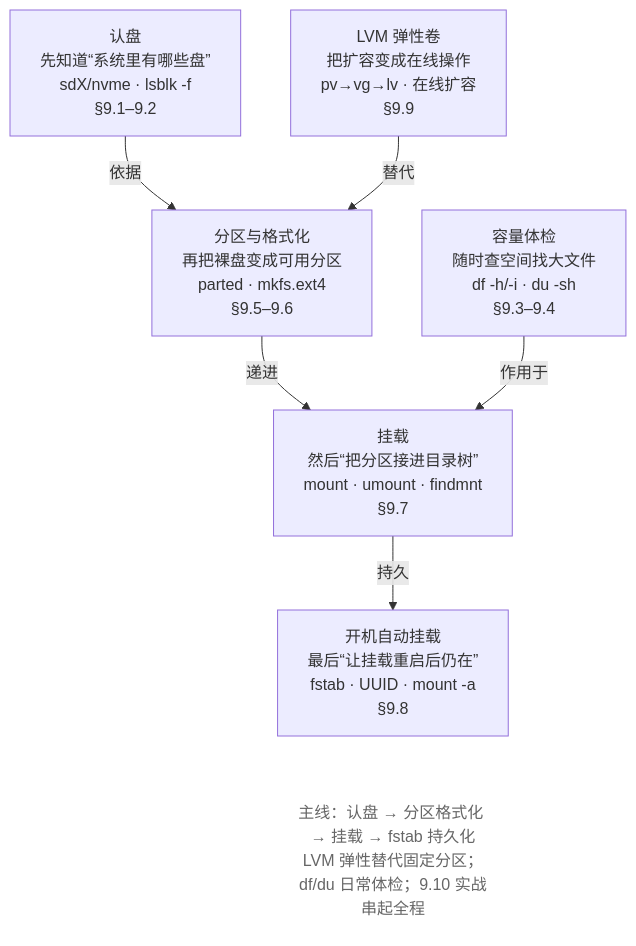
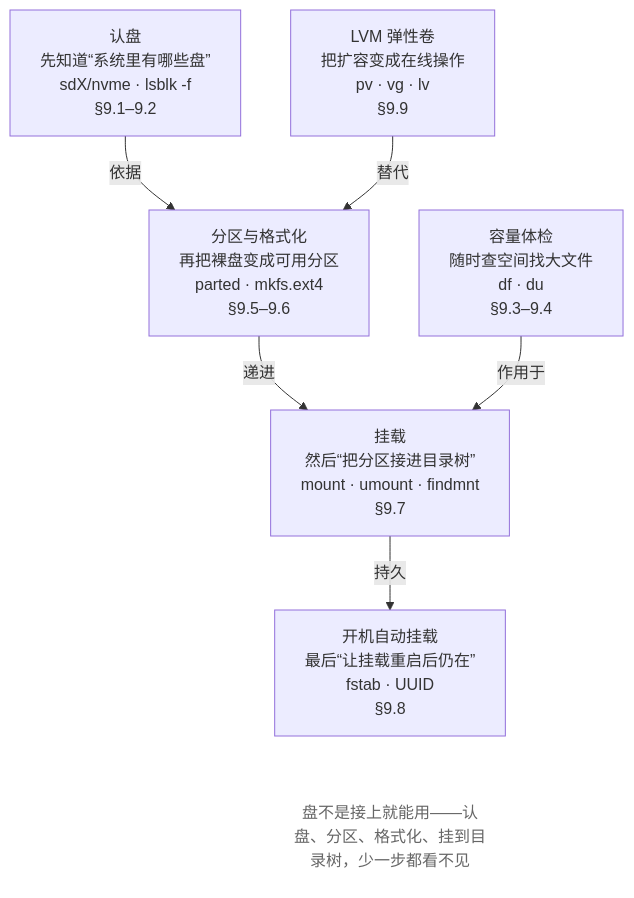
Before and after one commit to wangxiangnan/wangxiangnan.github.io: the first of 3 diagrams in src/linux-command/ch09.md, drawn with Mermaid. The commit also changed other lines of this file and 25 other files, not shown here.

````diff
--- a/src/linux-command/ch09.md
+++ b/src/linux-command/ch09.md
@@ -14,20 +14,20 @@
 ```mermaid
 flowchart TB
     A["认盘<br>先知道“系统里有哪些盘”<br>sdX/nvme · lsblk -f<br>§9.1–9.2"]
     B["分区与格式化<br>再把裸盘变成可用分区<br>parted · mkfs.ext4<br>§9.5–9.6"]
-    C["LVM 弹性卷<br>把扩容变成在线操作<br>pv→vg→lv · 在线扩容<br>§9.9"]
+    C["LVM 弹性卷<br>把扩容变成在线操作<br>pv · vg · lv<br>§9.9"]
     D["挂载<br>然后“把分区接进目录树”<br>mount · umount · findmnt<br>§9.7"]
-    E["容量体检<br>随时查空间找大文件<br>df -h/-i · du -sh<br>§9.3–9.4"]
-    F["开机自动挂载<br>最后“让挂载重启后仍在”<br>fstab · UUID · mount -a<br>§9.8"]
-    NOTE["主线：认盘 → 分区格式化 → 挂载 → fstab 持久化<br>LVM 弹性替代固定分区；df/du 日常体检；9.10 实战串起全程"]
+    E["容量体检<br>随时查空间找大文件<br>df · du<br>§9.3–9.4"]
+    F["开机自动挂载<br>最后“让挂载重启后仍在”<br>fstab · UUID<br>§9.8"]
+    NOTE["盘不是接上就能用——认盘、分区、格式化、挂到目录树，少一步都看不见"]
 
     A -->|依据| B
     B -->|递进| D
     D -->|持久| F
     C -->|替代| B
     E -->|作用于| D
     F ~~~ NOTE
 
     classDef note fill:none,stroke:none,color:#666
     class NOTE note
 ```
````
